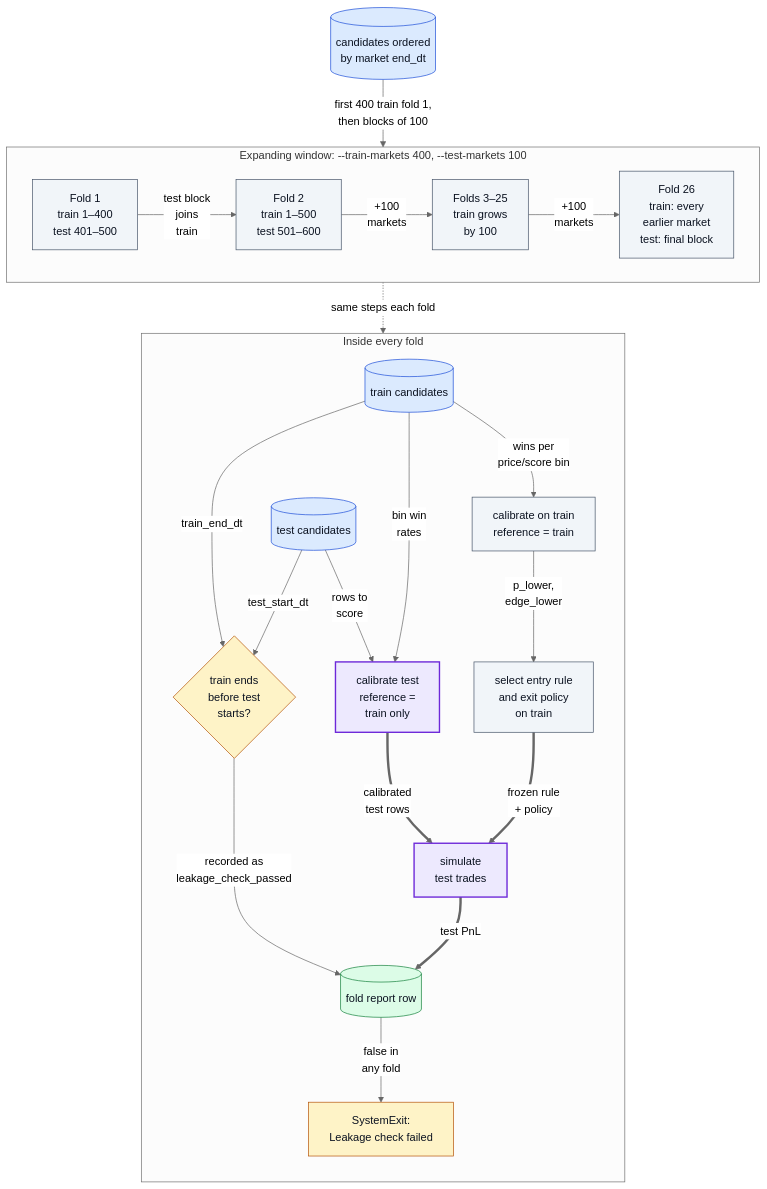
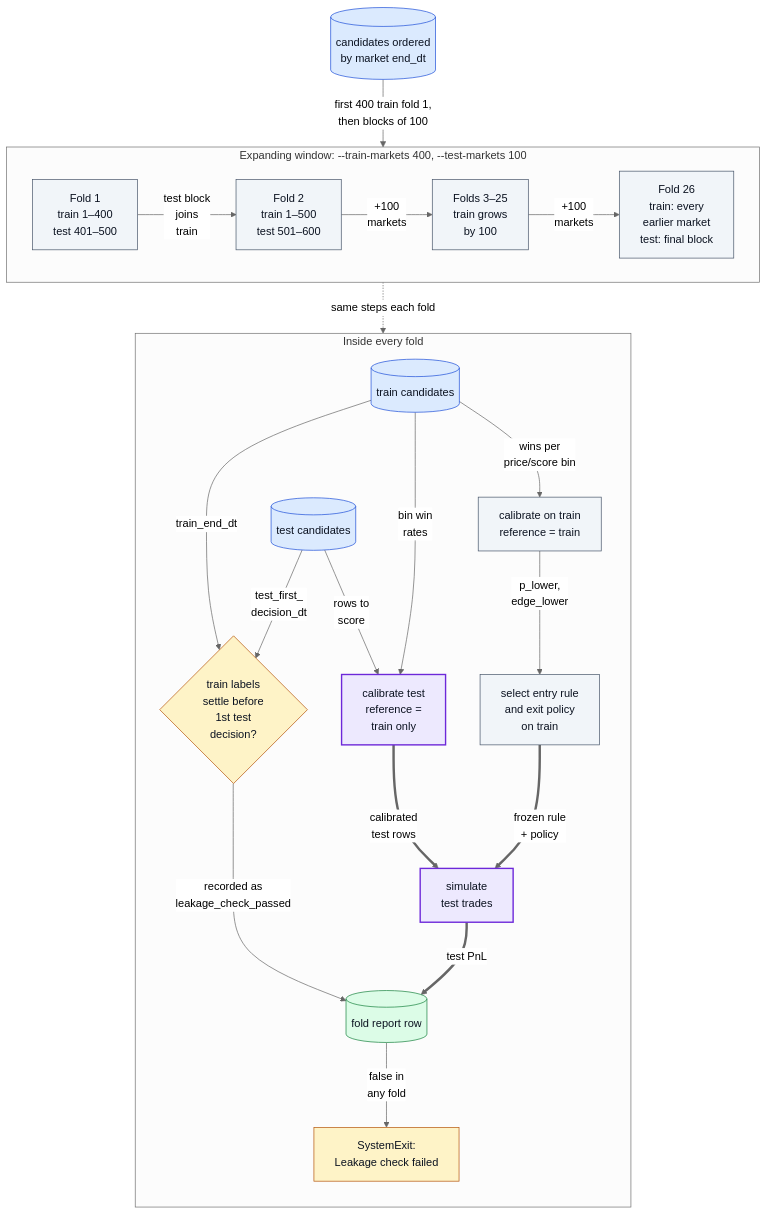
The third of 4 diagrams in docs/DIAGRAMS.md (oscar-chw/Polymarket-Crypto-5min), drawn with Mermaid (neutral theme) before and after one commit. The commit also changed other lines of this file and 6 other files, not shown here.

````diff
--- a/docs/DIAGRAMS.md
+++ b/docs/DIAGRAMS.md
@@ -112,46 +112,46 @@
 ```mermaid
 flowchart TB
   MK[("candidates ordered<br/>by market end_dt")]:::data
   subgraph EXP["Expanding window: --train-markets 400, --test-markets 100"]
     direction LR
     F1["Fold 1<br/>train 1–400<br/>test 401–500"]:::step
     F2["Fold 2<br/>train 1–500<br/>test 501–600"]:::step
     FD["Folds 3–25<br/>train grows<br/>by 100"]:::step
     F26["Fold 26<br/>train: every<br/>earlier market<br/>test: final block"]:::step
     F1 -->|"test block<br/>joins<br/>train"| F2
     F2 -->|"+100<br/>markets"| FD
     FD -->|"+100<br/>markets"| F26
   end
   MK -->|"first 400 train fold 1,<br/>then blocks of 100"| EXP
   subgraph ONE["Inside every fold"]
     direction TB
     TR[("train candidates")]:::data
     TE[("test candidates")]:::data
     C1["calibrate on train<br/>reference = train"]:::step
     S1["select entry rule<br/>and exit policy<br/>on train"]:::step
     C2["calibrate test<br/>reference =<br/>train only"]:::key
     EV["simulate<br/>test trades"]:::key
-    LK{"train ends<br/>before test<br/>starts?"}:::gate
+    LK{"train labels<br/>settle before<br/>1st test<br/>decision?"}:::gate
     REP[("fold report row")]:::out
     BAD["SystemExit:<br/>Leakage check failed"]:::gate
     TR -->|"wins per<br/>price/score bin"| C1
     C1 -->|"p_lower,<br/>edge_lower"| S1
     TR -->|"bin win<br/>rates"| C2
     TE -->|"rows to<br/>score"| C2
     S1 ==>|"frozen rule<br/>+ policy"| EV
     C2 ==>|"calibrated<br/>test rows"| EV
     EV ==>|"test PnL"| REP
     TR -->|"train_end_dt"| LK
-    TE -->|"test_start_dt"| LK
+    TE -->|"test_first_<br/>decision_dt"| LK
     LK -->|"recorded as<br/>leakage_check_passed"| REP
     REP -->|"false in<br/>any fold"| BAD
   end
   EXP -.->|"same steps each fold"| ONE
 
   classDef data fill:#dbeafe,stroke:#1d4ed8,color:#0b1220
   classDef step fill:#f1f5f9,stroke:#475569,color:#0b1220
   classDef gate fill:#fef3c7,stroke:#b45309,color:#0b1220
   classDef out  fill:#dcfce7,stroke:#15803d,color:#0b1220
   classDef ext  fill:#f8fafc,stroke:#94a3b8,color:#0b1220,stroke-dasharray:4 3
   classDef key  fill:#ede9fe,stroke:#6d28d9,color:#0b1220,stroke-width:2px
 ```
````
